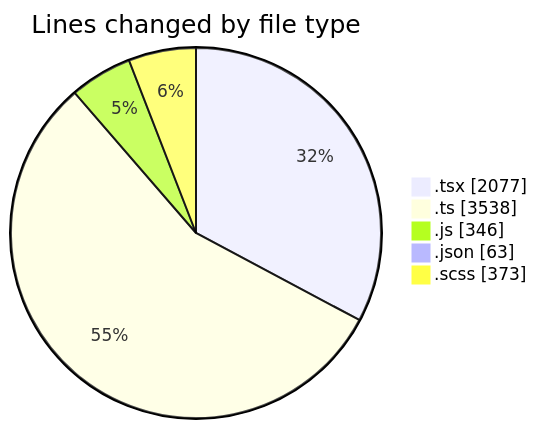
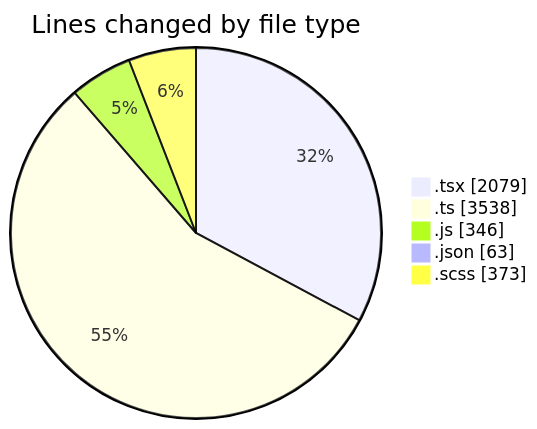
Before and after one commit to momahboobian/code-tracking: the first of 2 diagrams in 2025-12-01/cda/README.md, drawn with Mermaid. The commit also changed other lines of this file and 1 other file, not shown here.

````diff
--- a/2025-12-01/cda/README.md
+++ b/2025-12-01/cda/README.md
@@ -33,9 +33,9 @@
 ```mermaid
 pie showData
 title Lines changed by file type
-".tsx" : 2077
+".tsx" : 2079
 ".ts" : 3538
 ".js" : 346
 ".json" : 63
 ".scss" : 373
 ```
````
